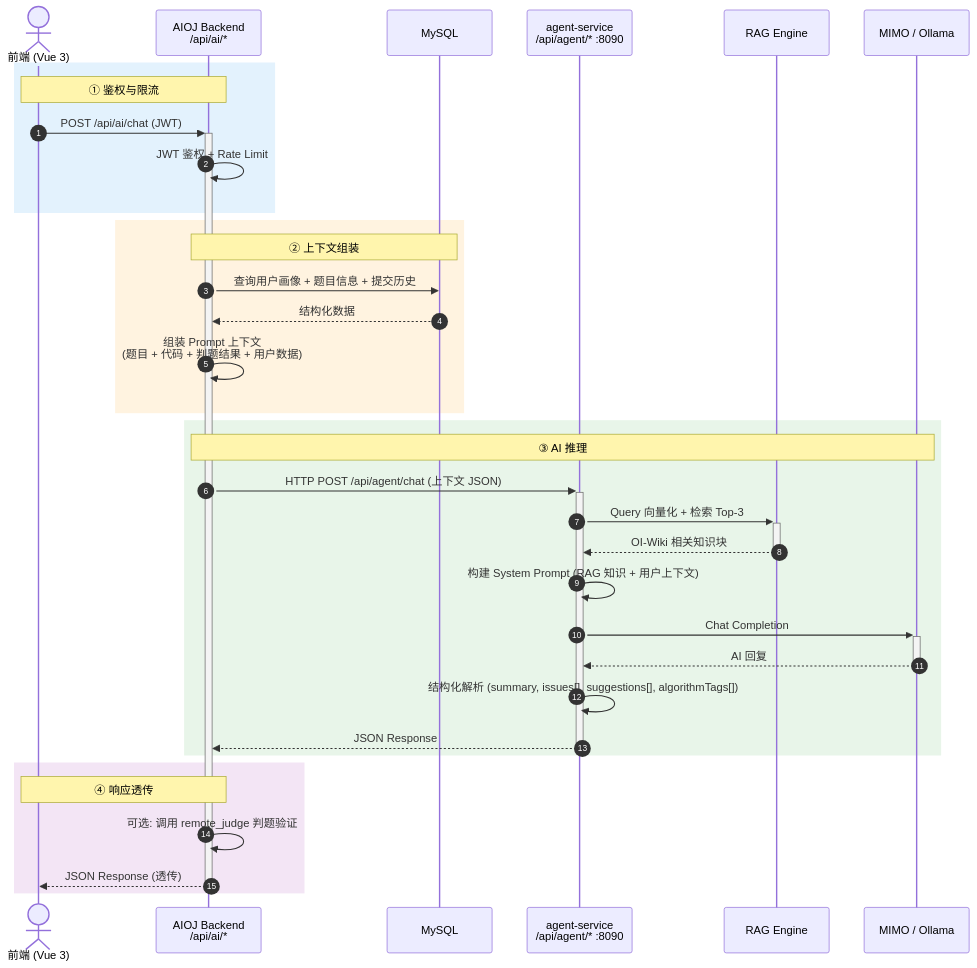
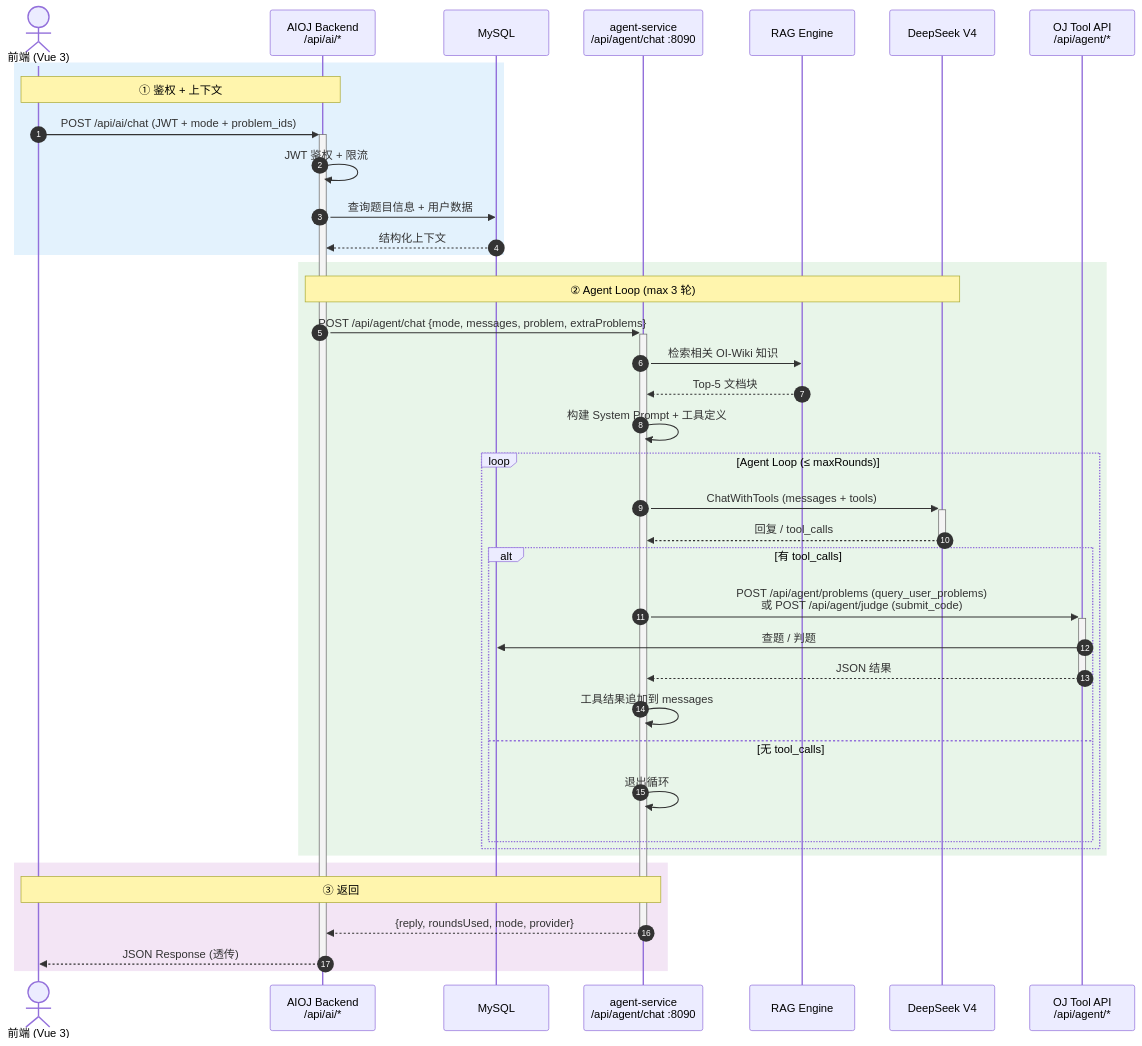
Before and after one commit to Yanxueye/AIOJ: the third of 3 diagrams in README.md, drawn with Mermaid. The commit also changed other lines of this file and 45 other files, not shown here.

````diff
--- a/README.md
+++ b/README.md
@@ -145,42 +148,47 @@
 ```mermaid
 sequenceDiagram
     autonumber
 
     actor User as 前端 (Vue 3)
     participant Backend as AIOJ Backend<br/>/api/ai/*
     participant DB as MySQL
-    participant Agent as agent-service<br/>/api/agent/* :8090
+    participant Agent as agent-service<br/>/api/agent/chat :8090
     participant RAG as RAG Engine
-    participant LLM as MIMO / Ollama
+    participant LLM as DeepSeek V4
+    participant OJ as OJ Tool API<br/>/api/agent/*
 
     rect rgb(227, 242, 253)
-        Note over User,Backend: ① 鉴权与限流
-        User->>+Backend: POST /api/ai/chat (JWT)
-        Backend->>Backend: JWT 鉴权 + Rate Limit
-    end
-
-    rect rgb(255, 243, 224)
-        Note over Backend,DB: ② 上下文组装
-        Backend->>DB: 查询用户画像 + 题目信息 + 提交历史
-        DB-->>Backend: 结构化数据
-        Backend->>Backend: 组装 Prompt 上下文<br/>(题目 + 代码 + 判题结果 + 用户数据)
+        Note over User,Backend: ① 鉴权 + 上下文
+        User->>+Backend: POST /api/ai/chat (JWT + mode + problem_ids)
+        Backend->>Backend: JWT 鉴权 + 限流
+        Backend->>DB: 查询题目信息 + 用户数据
+        DB-->>Backend: 结构化上下文
     end
 
     rect rgb(232, 245, 233)
-        Note over Backend,LLM: ③ AI 推理
-        Backend->>+Agent: HTTP POST /api/agent/chat (上下文 JSON)
-        Agent->>+RAG: Query 向量化 + 检索 Top-3
-        RAG-->>-Agent: OI-Wiki 相关知识块
-        Agent->>Agent: 构建 System Prompt (RAG 知识 + 用户上下文)
-        Agent->>+LLM: Chat Completion
-        LLM-->>-Agent: AI 回复
-        Agent->>Agent: 结构化解析 (summary, issues[], suggestions[], algorithmTags[])
-        Agent-->>-Backend: JSON Response
+        Note over Backend,LLM: ② Agent Loop (max 3 轮)
+        Backend->>+Agent: POST /api/agent/chat {mode, messages, problem, extraProblems}
+        Agent->>RAG: 检索相关 OI-Wiki 知识
+        RAG-->>Agent: Top-5 文档块
+        Agent->>Agent: 构建 System Prompt + 工具定义
+
+        loop Agent Loop (≤ maxRounds)
+            Agent->>+LLM: ChatWithTools (messages + tools)
+            LLM-->>-Agent: 回复 / tool_calls
+            alt 有 tool_calls
+                Agent->>+OJ: POST /api/agent/problems (query_user_problems)<br/>或 POST /api/agent/judge (submit_code)
+                OJ->>DB: 查题 / 判题
+                OJ-->>-Agent: JSON 结果
+                Agent->>Agent: 工具结果追加到 messages
+            else 无 tool_calls
+                Agent->>Agent: 退出循环
+            end
+        end
     end
 
     rect rgb(243, 229, 245)
-        Note over Backend,User: ④ 响应透传
-        Backend->>Backend: 可选: 调用 remote_judge 判题验证
+        Note over Agent,User: ③ 返回
+        Agent-->>-Backend: {reply, roundsUsed, mode, provider}
         Backend-->>-User: JSON Response (透传)
     end
 ```
````
